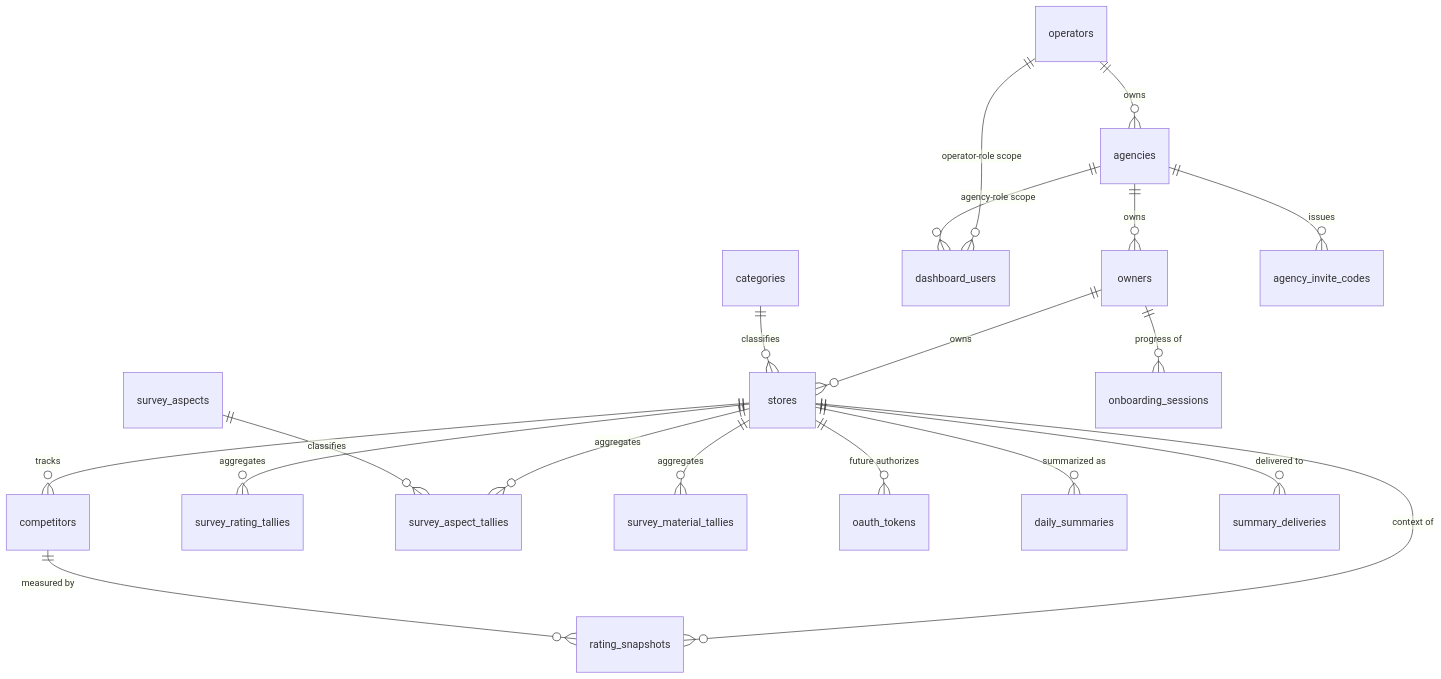
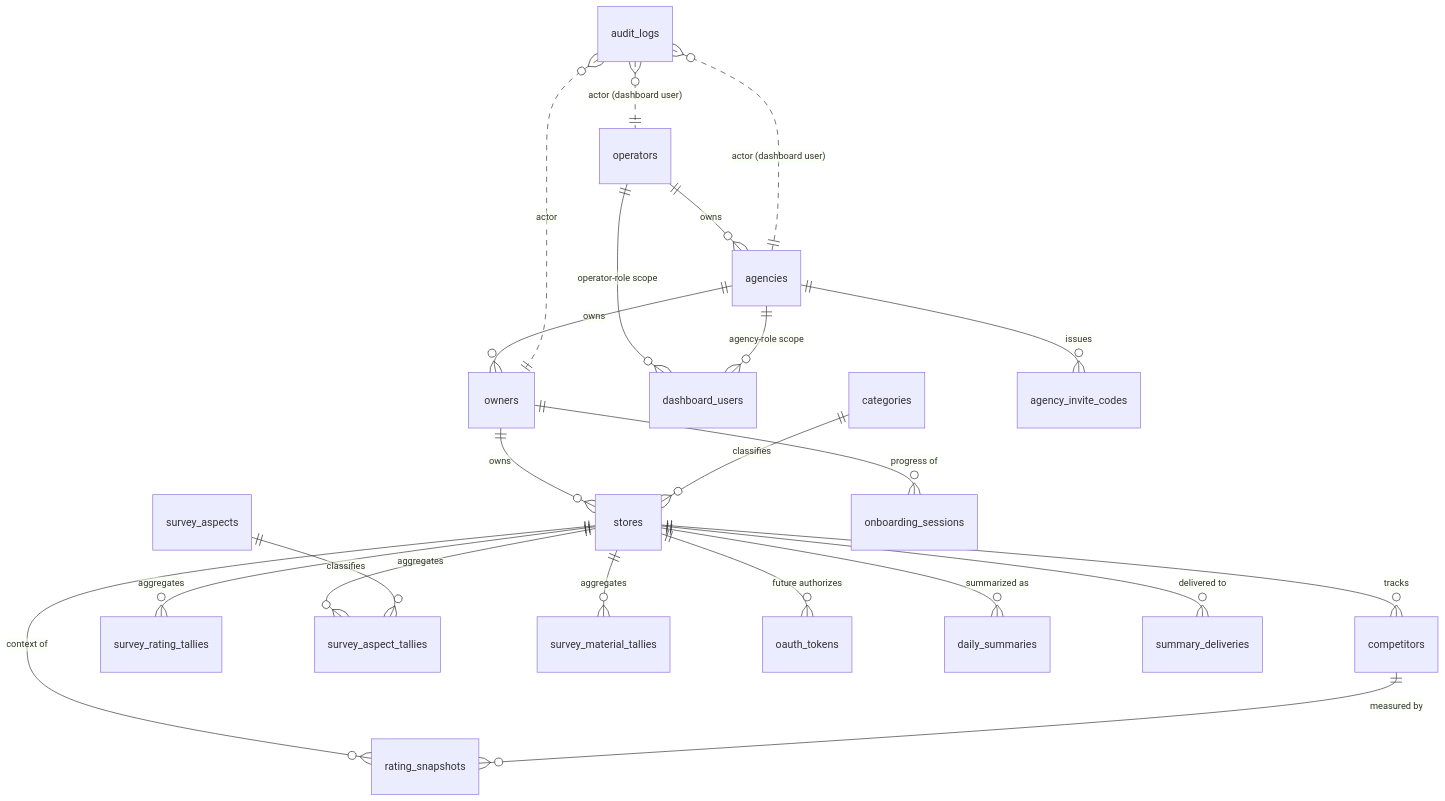
Before and after one commit to ManatoYamashita/fw-line-meo: the diagram in db/ERD.md, drawn with Mermaid. The commit also changed other lines of this file and 16 other files, not shown here.

````diff
--- a/db/ERD.md
+++ b/db/ERD.md
@@ -8,21 +8,24 @@
 ```mermaid
 erDiagram
     operators ||--o{ agencies : owns
     agencies ||--o{ owners : owns
     owners ||--o{ stores : owns
     operators ||--o{ dashboard_users : "operator-role scope"
     agencies ||--o{ dashboard_users : "agency-role scope"
     categories ||--o{ stores : classifies
     stores ||--o{ competitors : tracks
     stores ||--o{ rating_snapshots : "context of"
     competitors ||--o{ rating_snapshots : "measured by"
     stores ||--o{ survey_rating_tallies : aggregates
     stores ||--o{ survey_aspect_tallies : aggregates
     stores ||--o{ survey_material_tallies : aggregates
     survey_aspects ||--o{ survey_aspect_tallies : classifies
     stores ||--o{ oauth_tokens : "future authorizes"
     stores ||--o{ daily_summaries : "summarized as"
     stores ||--o{ summary_deliveries : "delivered to"
     agencies ||--o{ agency_invite_codes : issues
     owners ||--o{ onboarding_sessions : "progress of"
+    audit_logs }o..|| operators : "actor (dashboard user)"
+    audit_logs }o..|| agencies : "actor (dashboard user)"
+    audit_logs }o..|| owners : "actor"
 ```
````
